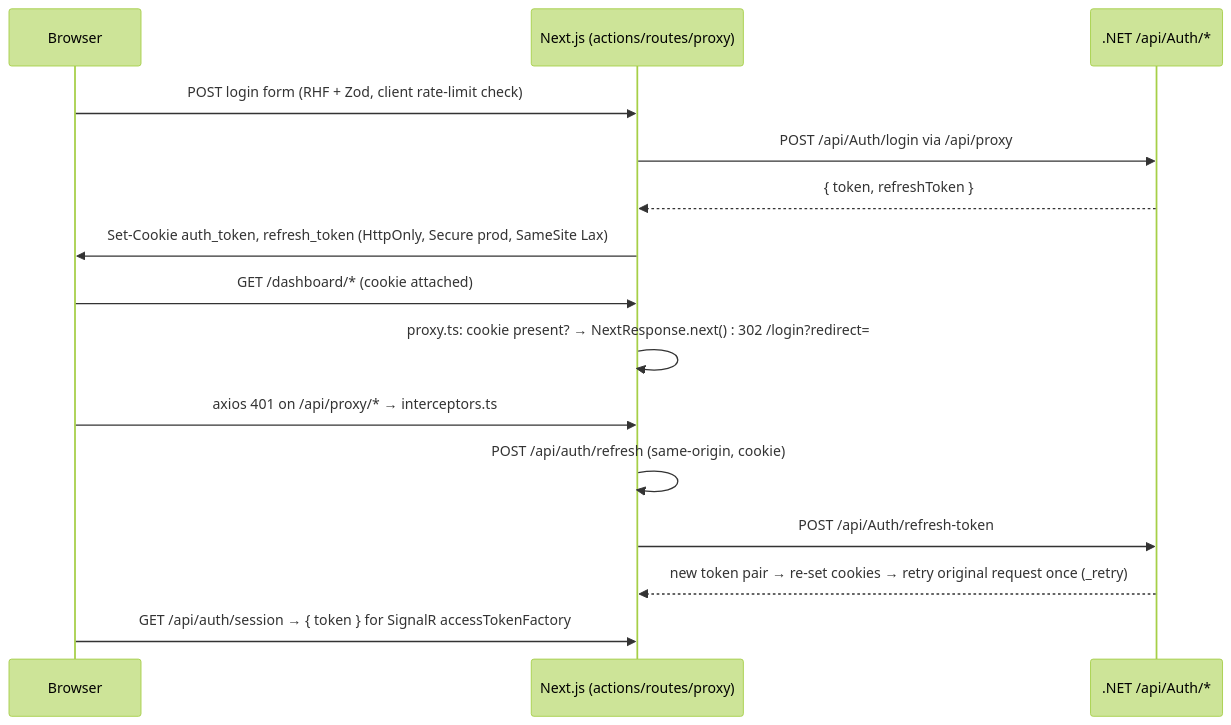
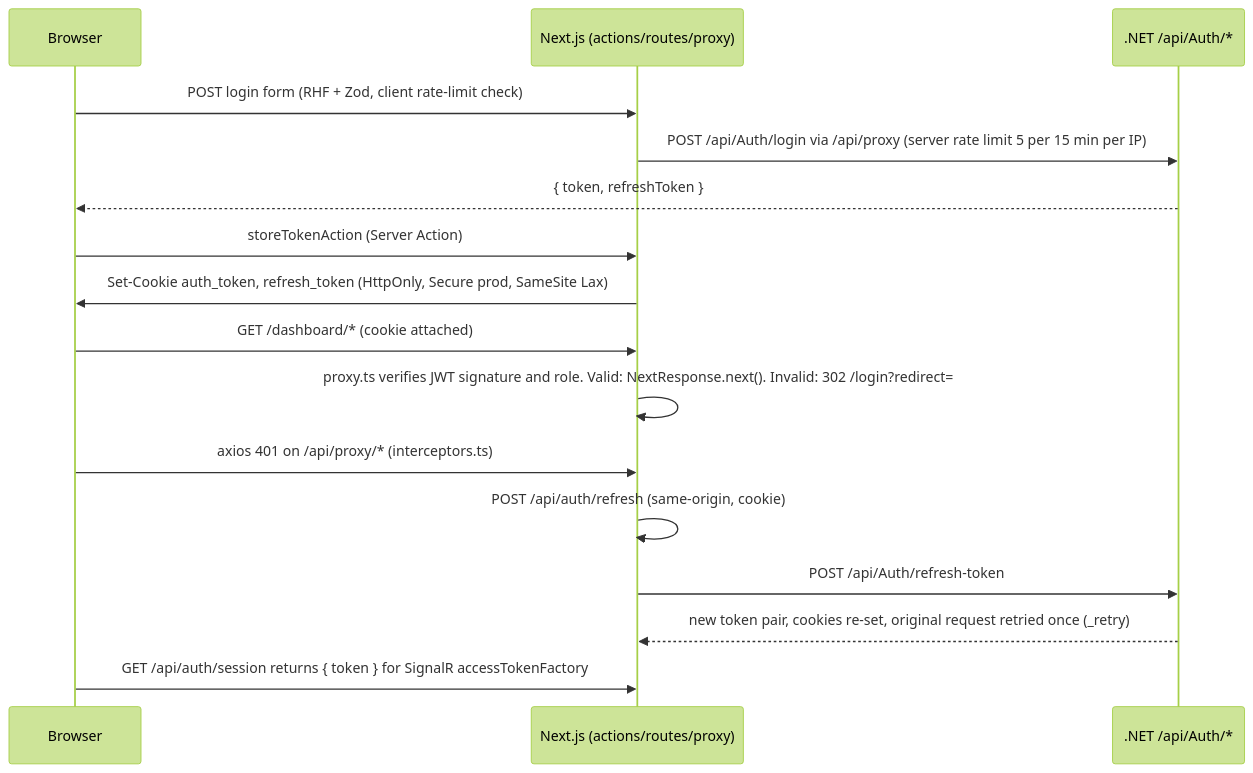
One commit to Muhamad-Mahmoud/aoun-project changed the second of 2 diagrams in README.md. Above: the diagram before and after it, drawn with Mermaid (forest theme). The commit also changed other lines of this file, not shown here.

````diff
--- a/README.md
+++ b/README.md
@@ -224,17 +232,18 @@
 ```mermaid
 sequenceDiagram
     participant B as Browser
     participant N as Next.js (actions/routes/proxy)
     participant API as .NET /api/Auth/*
     B->>N: POST login form (RHF + Zod, client rate-limit check)
-    N->>API: POST /api/Auth/login via /api/proxy
-    API-->>N: { token, refreshToken }
+    N->>API: POST /api/Auth/login via /api/proxy (server rate limit 5 per 15 min per IP)
+    API-->>B: { token, refreshToken }
+    B->>N: storeTokenAction (Server Action)
     N->>B: Set-Cookie auth_token, refresh_token (HttpOnly, Secure prod, SameSite Lax)
     B->>N: GET /dashboard/* (cookie attached)
-    N->>N: proxy.ts: cookie present? → NextResponse.next() : 302 /login?redirect=
-    B->>N: axios 401 on /api/proxy/* → interceptors.ts
+    N->>N: proxy.ts verifies JWT signature and role. Valid: NextResponse.next(). Invalid: 302 /login?redirect=
+    B->>N: axios 401 on /api/proxy/* (interceptors.ts)
     N->>N: POST /api/auth/refresh (same-origin, cookie)
     N->>API: POST /api/Auth/refresh-token
-    API-->>N: new token pair → re-set cookies → retry original request once (_retry)
-    B->>N: GET /api/auth/session → { token } for SignalR accessTokenFactory
+    API-->>N: new token pair, cookies re-set, original request retried once (_retry)
+    B->>N: GET /api/auth/session returns { token } for SignalR accessTokenFactory
 ```
````
